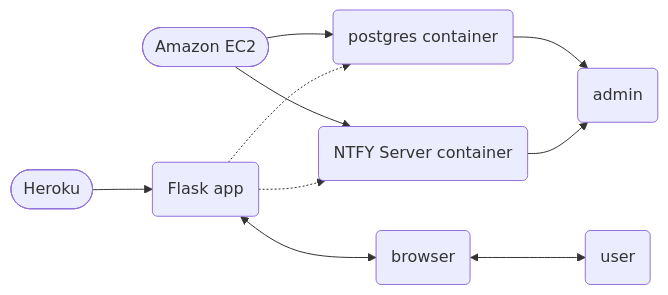
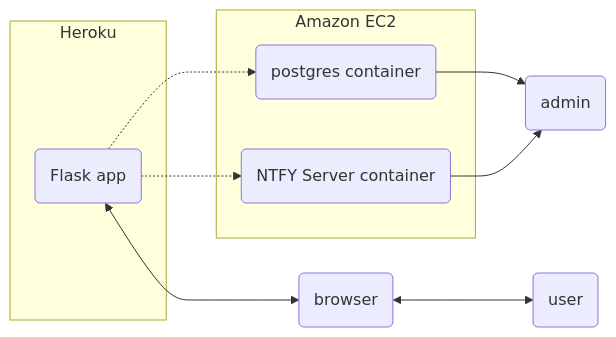
The diagram in README.md (pxp888/RDI-field-guide), drawn with Mermaid before and after one commit.

Commit message:
update README deployment graph

````diff
--- a/README.md
+++ b/README.md
@@ -207,20 +207,26 @@
 ```mermaid 
 graph LR
 
-hr([Heroku])
+
 fa(Flask app)
-ec2([Amazon EC2])
 
 pg(postgres container)
 
-hr --> fa
-ec2 --> pg & ntfy(NTFY Server container)
+pg & ntfy(NTFY Server container)
 
 fa -.->  pg & ntfy
 fa <--> browser(browser)
 
 browser <--> user(user)
 pg & ntfy --> admin(admin)
 
+subgraph Heroku
+    fa
+end
+
+subgraph Amazon EC2
+    pg
+    ntfy
+end
 
 ```
````
